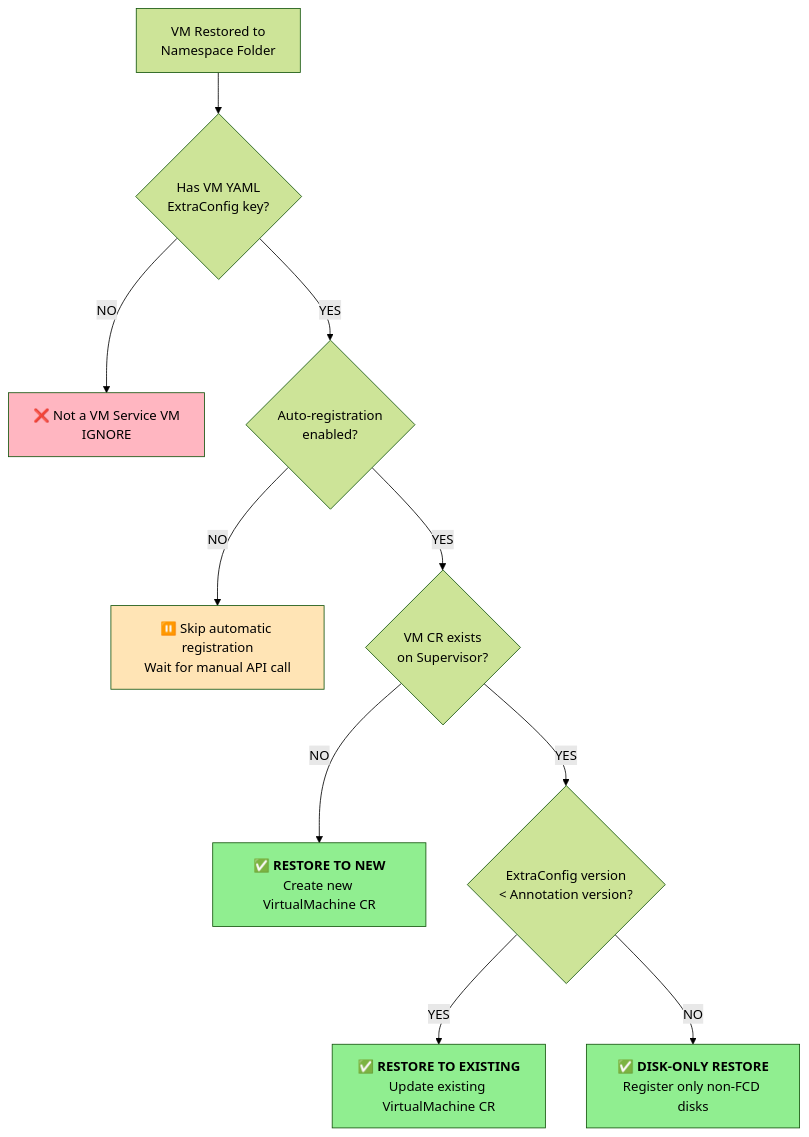
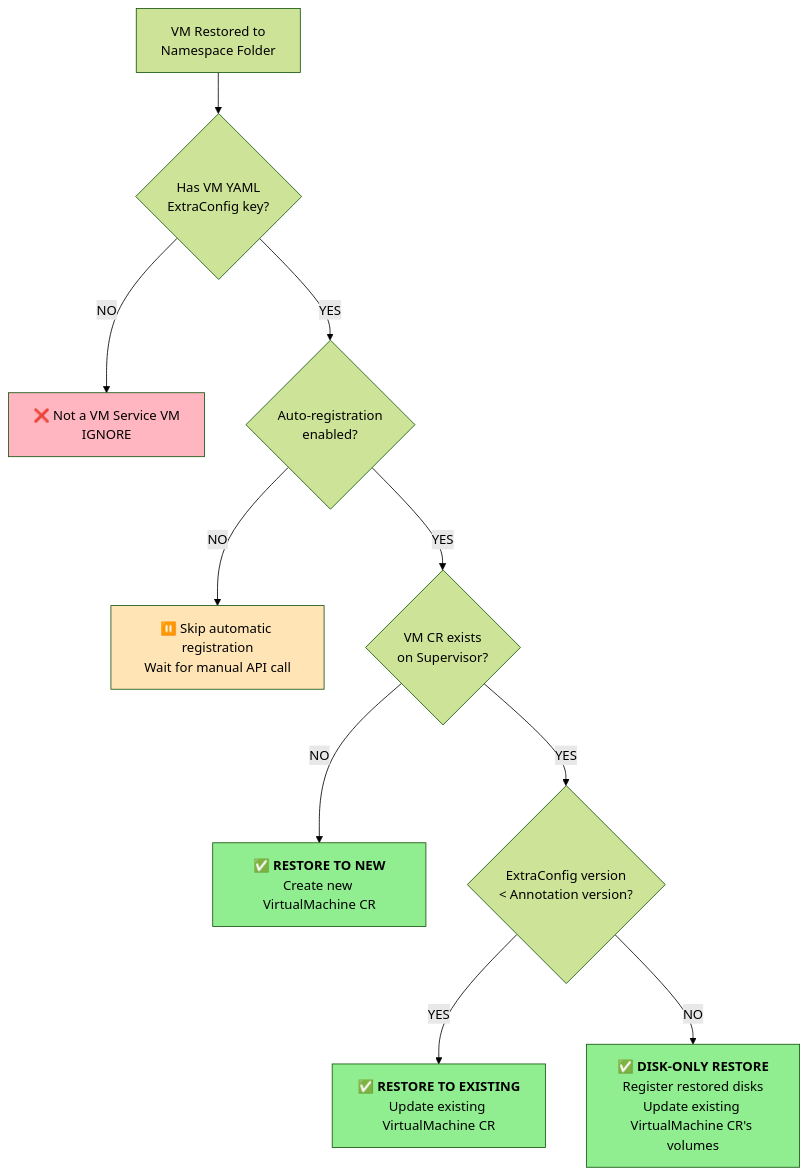
The fourth of 6 diagrams in docs/guides/backup-restore/README.md (vmware-tanzu/vm-operator), drawn with Mermaid (forest theme) before and after one commit. The commit also changed other lines of this file, not shown here.

````diff
--- a/docs/guides/backup-restore/README.md
+++ b/docs/guides/backup-restore/README.md
@@ -311,18 +313,18 @@
 ```mermaid
 flowchart TD
     A[VM Restored to<br/>Namespace Folder] --> B{Has VM YAML<br/>ExtraConfig key?}
     B -->|NO| C[❌ Not a VM Service VM<br/>IGNORE]
     B -->|YES| D{Auto-registration<br/>enabled?}
     D -->|NO| E[⏸️ Skip automatic registration<br/>Wait for manual API call]
     D -->|YES| F{VM CR exists<br/>on Supervisor?}
     F -->|NO| G[✅ <b>RESTORE TO NEW</b><br/>Create new VirtualMachine CR]
     F -->|YES| H{ExtraConfig version <br/>< Annotation version?}
     H -->|YES| I[✅ <b>RESTORE TO EXISTING</b><br/>Update existing VirtualMachine CR]
-    H -->|NO| J[✅ <b>DISK-ONLY RESTORE</b><br/>Register only non-FCD disks]
+    H -->|NO| J[✅ <b>DISK-ONLY RESTORE</b><br/>Register restored disks<br/>Update existing VirtualMachine CR's volumes]
     
     style G fill:#90EE90
     style I fill:#90EE90
     style J fill:#90EE90
     style C fill:#FFB6C1
     style E fill:#FFE4B5
 ```
````
